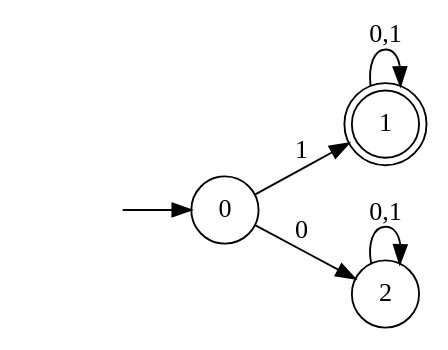
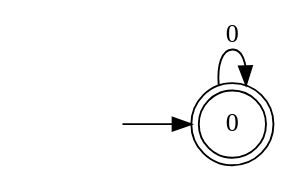
The diagram in NFA/NFA.gv (Umato/computer_practices), drawn with Graphviz before and after one commit. The commit also changed 7 other files, not shown here.

```diff
--- a/NFA/NFA.gv
+++ b/NFA/NFA.gv
@@ -1,11 +1,8 @@
 digraph finite_state_machine{
 	rankdir=LR;
-	node [shape = doublecircle]; 1;
+	node [shape = doublecircle]; 0;
 	node [shape = circle];
 	init [shape=none, label=""];
 	init -> 0;
-	0 -> 1 [label = "1"];
-	0 -> 2 [label = "0"];
-	1 -> 1 [label = "0,1"];
-	2 -> 2 [label = "0,1"];
+	0 -> 0 [label = "0"];
 }
```
